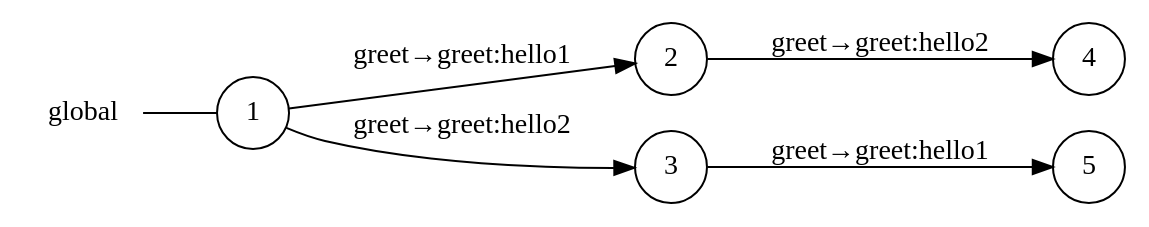
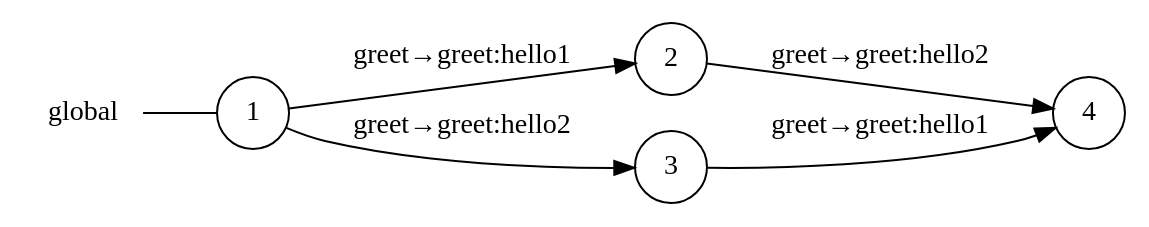
One commit to gabrielegenovese/chorer changed the diagram in examples/hello/greet_global_view.dot. Above: the diagram before and after it, drawn with Graphviz. The commit also changed 8 other files, not shown here.

```diff
--- a/examples/hello/greet_global_view.dot
+++ b/examples/hello/greet_global_view.dot
@@ -1,15 +1,14 @@
 digraph global {
 	rankdir="LR";
 	n_0 [label="global", shape="plaintext"];
-	n_1 [id="5", shape=circle, label="5"];
-	n_2 [id="1", shape=circle, label="1"];
-	n_0 -> n_2 [arrowhead=none];
-	n_3 [id="2", shape=circle, label="2"];
-	n_4 [id="4", shape=circle, label="4"];
-	n_5 [id="3", shape=circle, label="3"];
+	n_1 [id="1", shape=circle, label="1"];
+	n_0 -> n_1 [arrowhead=none];
+	n_2 [id="2", shape=circle, label="2"];
+	n_3 [id="4", shape=circle, label="4"];
+	n_4 [id="3", shape=circle, label="3"];
 
-	n_3 -> n_4 [id="[$e|2]", label="greet→greet:hello2"];
-	n_2 -> n_3 [id="[$e|0]", label="greet→greet:hello1"];
-	n_2 -> n_5 [id="[$e|1]", label="greet→greet:hello2"];
-	n_5 -> n_1 [id="[$e|3]", label="greet→greet:hello1"];
+	n_1 -> n_4 [id="[$e|2]", label="greet→greet:hello2"];
+	n_4 -> n_3 [id="[$e|0]", label="greet→greet:hello1"];
+	n_1 -> n_2 [id="[$e|1]", label="greet→greet:hello1"];
+	n_2 -> n_3 [id="[$e|4]", label="greet→greet:hello2"];
 }
```
